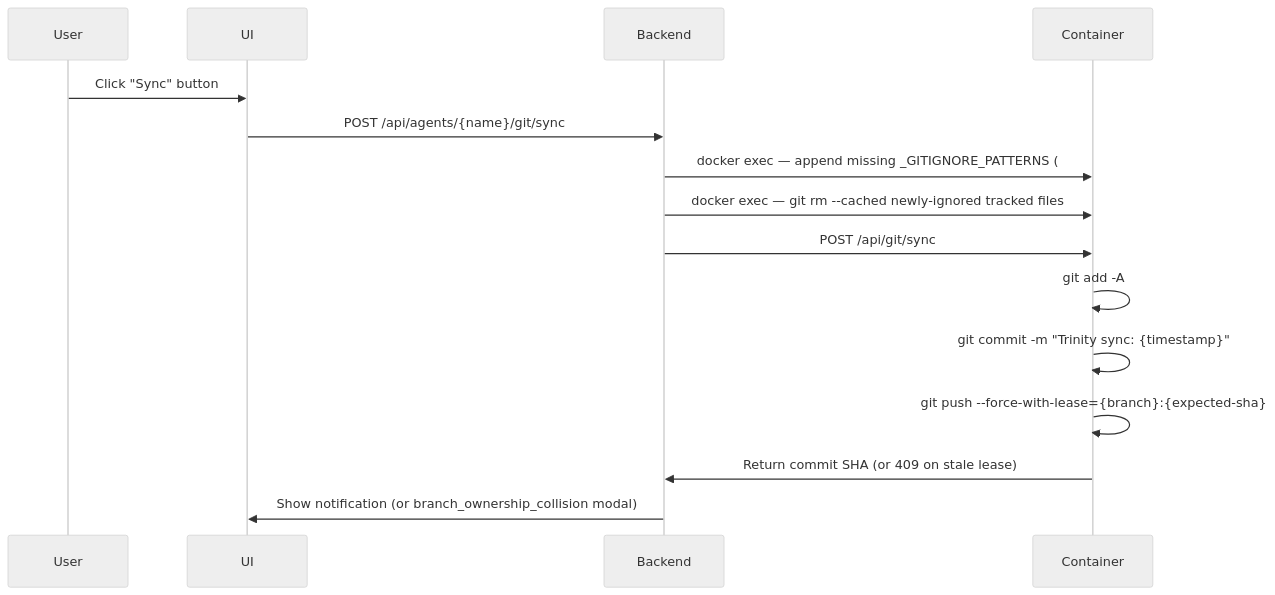
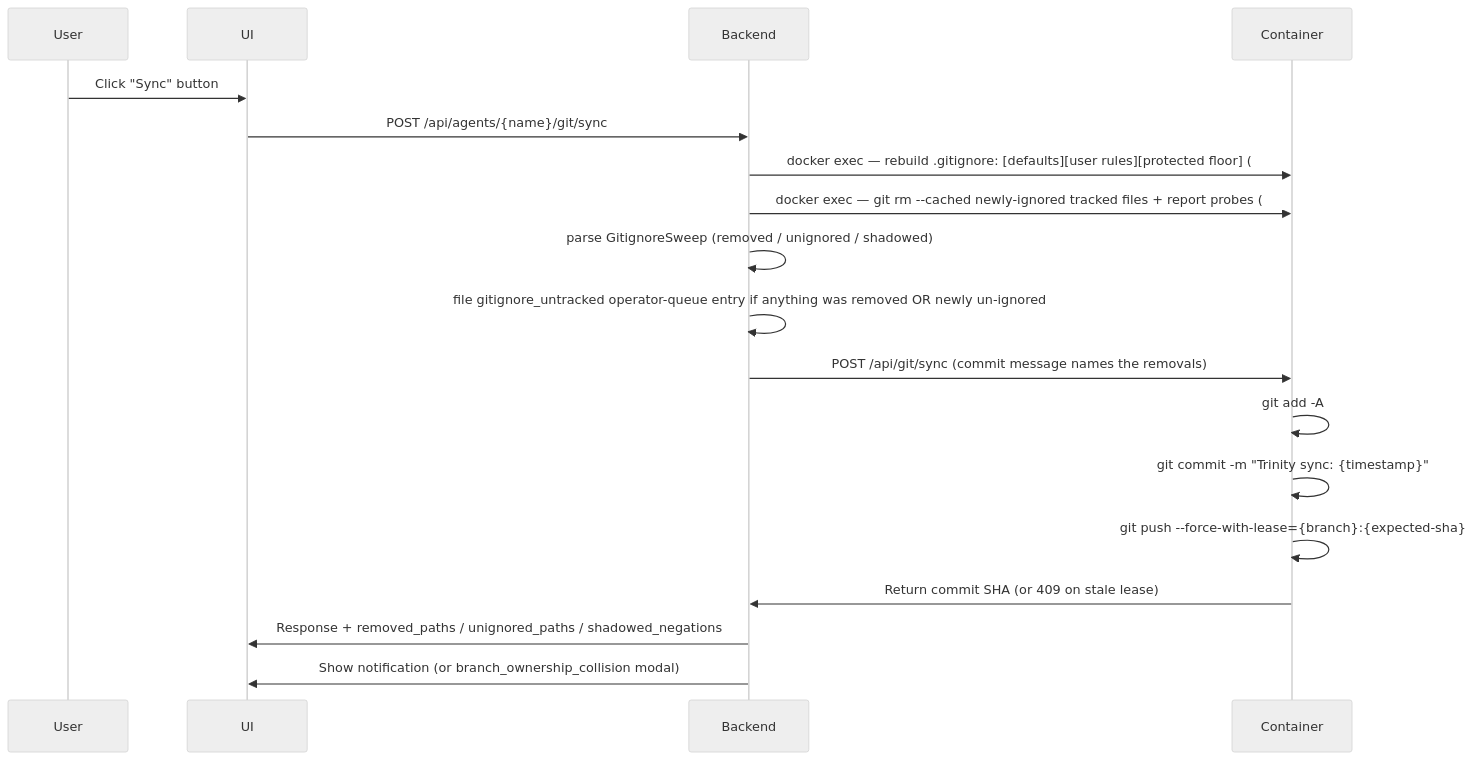
Before and after one commit to Abilityai/trinity: the second of 3 diagrams in docs/memory/feature-flows/github-sync.md, drawn with Mermaid (neutral theme). The commit also changed other lines of this file and 1549 other files, not shown here.

````diff
--- a/docs/memory/feature-flows/github-sync.md
+++ b/docs/memory/feature-flows/github-sync.md
@@ -250,18 +253,21 @@
 ```mermaid
 sequenceDiagram
     participant User
     participant UI
     participant Backend
     participant Container
 
     User->>UI: Click "Sync" button
     UI->>Backend: POST /api/agents/{name}/git/sync
-    Backend->>Container: docker exec — append missing _GITIGNORE_PATTERNS (#462)
-    Backend->>Container: docker exec — git rm --cached newly-ignored tracked files
-    Backend->>Container: POST /api/git/sync
+    Backend->>Container: docker exec — rebuild .gitignore: [defaults][user rules][protected floor] (#462, #2529)
+    Backend->>Container: docker exec — git rm --cached newly-ignored tracked files + report probes (#2529)
+    Backend->>Backend: parse GitignoreSweep (removed / unignored / shadowed)
+    Backend->>Backend: file gitignore_untracked operator-queue entry if anything was removed OR newly un-ignored
+    Backend->>Container: POST /api/git/sync (commit message names the removals)
     Container->>Container: git add -A
     Container->>Container: git commit -m "Trinity sync: {timestamp}"
     Container->>Container: git push --force-with-lease={branch}:{expected-sha}
     Container->>Backend: Return commit SHA (or 409 on stale lease)
+    Backend->>UI: Response + removed_paths / unignored_paths / shadowed_negations
     Backend->>UI: Show notification (or branch_ownership_collision modal)
 ```
````
